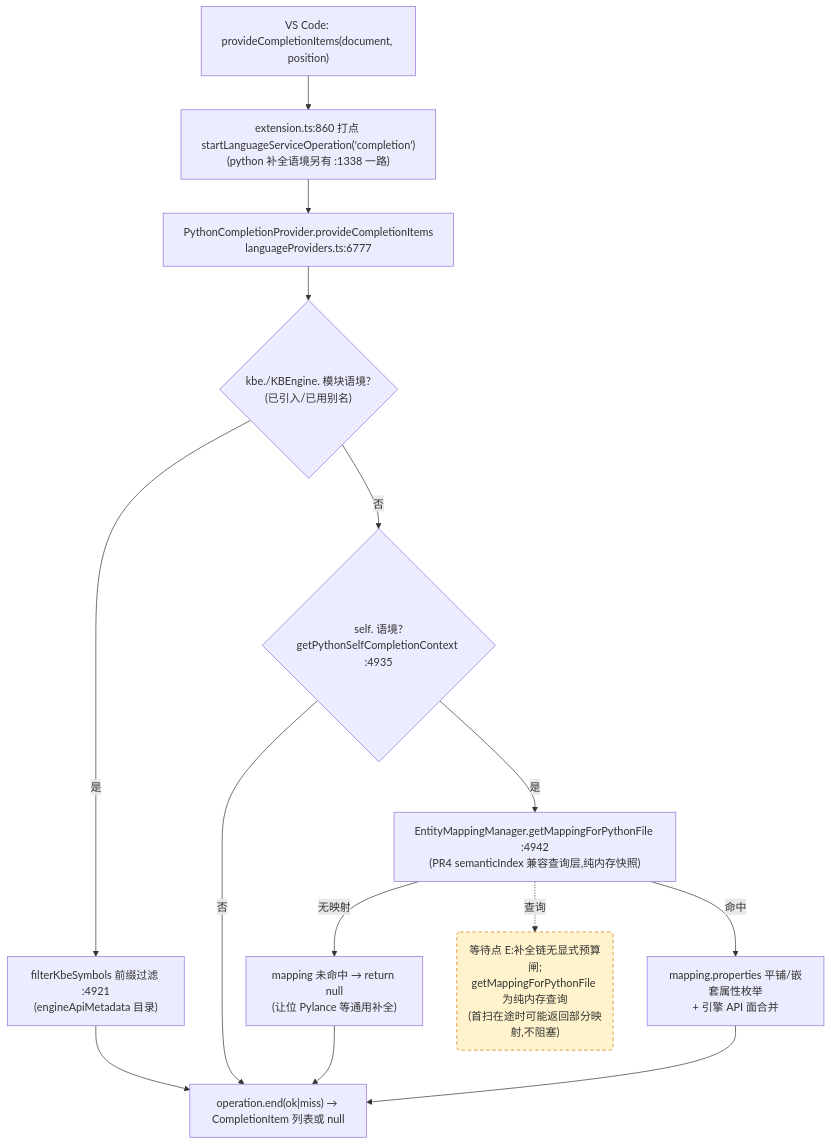
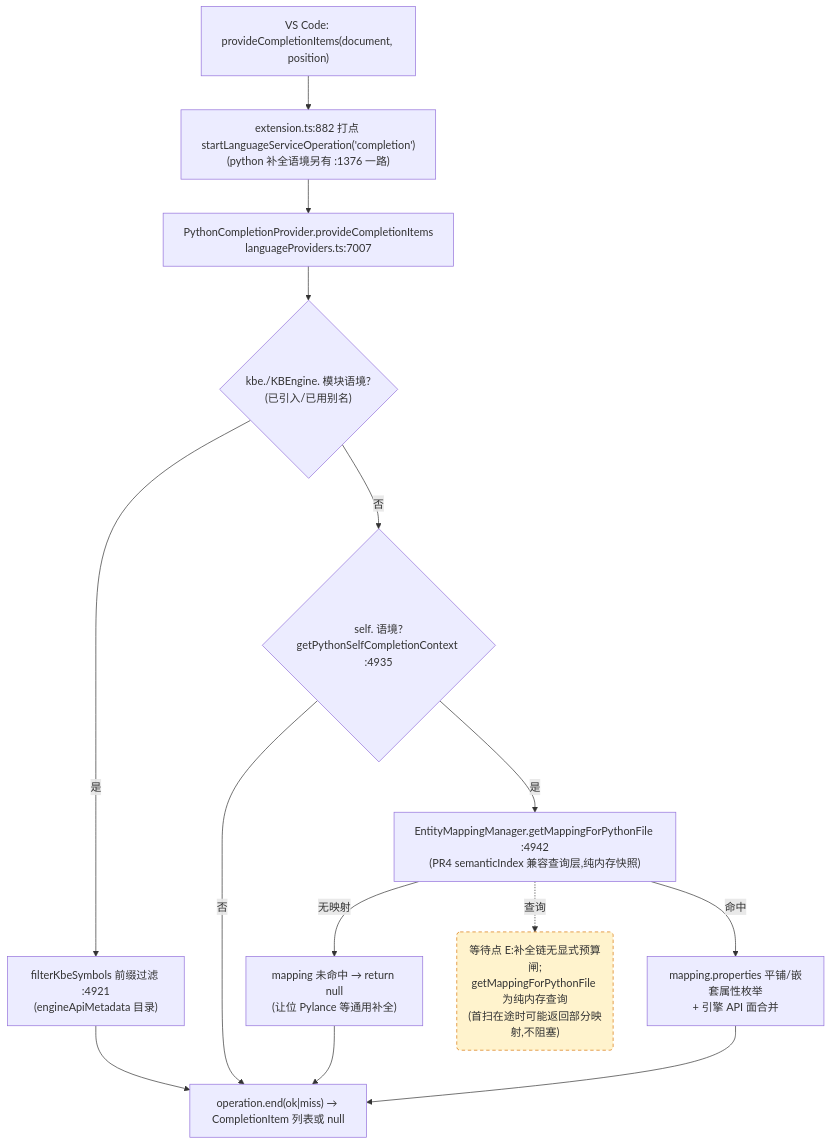
One commit to cuihairu/kode changed the third of 4 diagrams in docs/perf/2026-baseline.md. Above: the diagram before and after it, drawn with Mermaid. The commit also changed other lines of this file and 48 other files, not shown here.

````diff
--- a/docs/perf/2026-baseline.md
+++ b/docs/perf/2026-baseline.md
@@ -184,27 +184,27 @@
 ```mermaid
 flowchart TD
   VC3["VS Code: provideCompletionItems(document, position)"]
-  M3["extension.ts:860 打点 startLanguageServiceOperation('completion')<br/>(python 补全语境另有 :1338 一路)"]
-  CP["PythonCompletionProvider.provideCompletionItems<br/>languageProviders.ts:6777"]
+  M3["extension.ts:882 打点 startLanguageServiceOperation('completion')<br/>(python 补全语境另有 :1376 一路)"]
+  CP["PythonCompletionProvider.provideCompletionItems<br/>languageProviders.ts:7007"]
   KBEC{"kbe./KBEngine. 模块语境?<br/>(已引入/已用别名)"}
   FILTER["filterKbeSymbols 前缀过滤 :4921<br/>(engineApiMetadata 目录)"]
   SELFC{"self. 语境?<br/>getPythonSelfCompletionContext :4935"}
   MAP["EntityMappingManager.getMappingForPythonFile :4942<br/>(PR4 semanticIndex 兼容查询层,纯内存快照)"]
   NOMAP["mapping 未命中 → return null<br/>(让位 Pylance 等通用补全)"]
   PROPS["mapping.properties 平铺/嵌套属性枚举<br/>+ 引擎 API 面合并"]
   END3["operation.end(ok|miss) → CompletionItem 列表或 null"]
 
   VC3 --> M3 --> CP --> KBEC
   KBEC -- "是" --> FILTER --> END3
   KBEC -- "否" --> SELFC
   SELFC -- "否" --> END3
   SELFC -- "是" --> MAP
   MAP -- "无映射" --> NOMAP --> END3
   MAP -- "命中" --> PROPS --> END3
 
   WAITE("等待点 E:补全链无显式预算闸;<br/>getMappingForPythonFile 为纯内存查询<br/>(首扫在途时可能返回部分映射,不阻塞)")
   MAP -.->|查询| WAITE
 
   classDef waitPoint fill:#fff3cd,stroke:#d97706,stroke-dasharray:5 4;
   class WAITE waitPoint;
 ```
````
